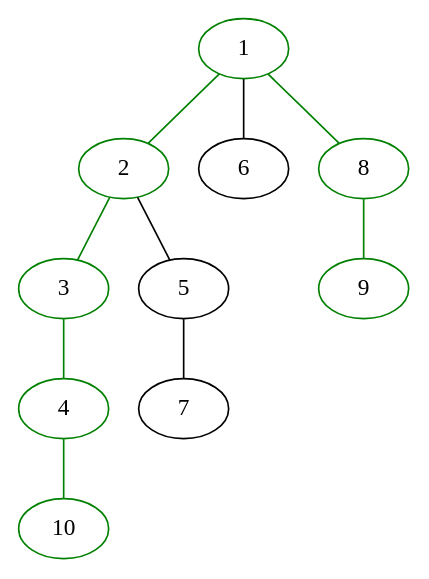
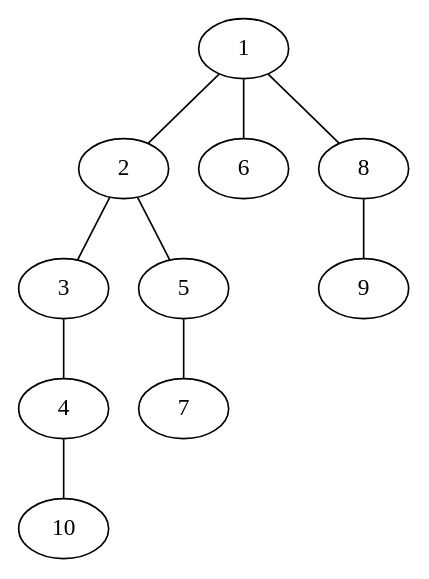
The diagram in Initial_graph.gv (KillianPl/ensae-prog23), drawn with Graphviz before and after one commit. The commit also changed 5 other files, not shown here.

```diff
--- a/Initial_graph.gv
+++ b/Initial_graph.gv
@@ -1,22 +1,22 @@
 // Initial graph
 digraph Initial_graph {
-	1 [color=green]
-	2 [color=green]
-	3 [color=green]
-	4 [color=green]
+	1
+	2
+	3
+	4
 	5
 	6
 	7
-	8 [color=green]
-	9 [color=green]
-	10 [color=green]
-	1 -> 2 [color=green dir=none]
+	8
+	9
+	10
+	1 -> 2 [dir=none]
 	1 -> 6 [dir=none]
-	1 -> 8 [color=green dir=none]
-	2 -> 3 [color=green dir=none]
+	1 -> 8 [dir=none]
+	2 -> 3 [dir=none]
 	2 -> 5 [dir=none]
-	3 -> 4 [color=green dir=none]
-	4 -> 10 [color=green dir=none]
+	3 -> 4 [dir=none]
+	4 -> 10 [dir=none]
 	5 -> 7 [dir=none]
-	8 -> 9 [color=green dir=none]
+	8 -> 9 [dir=none]
 }
```
